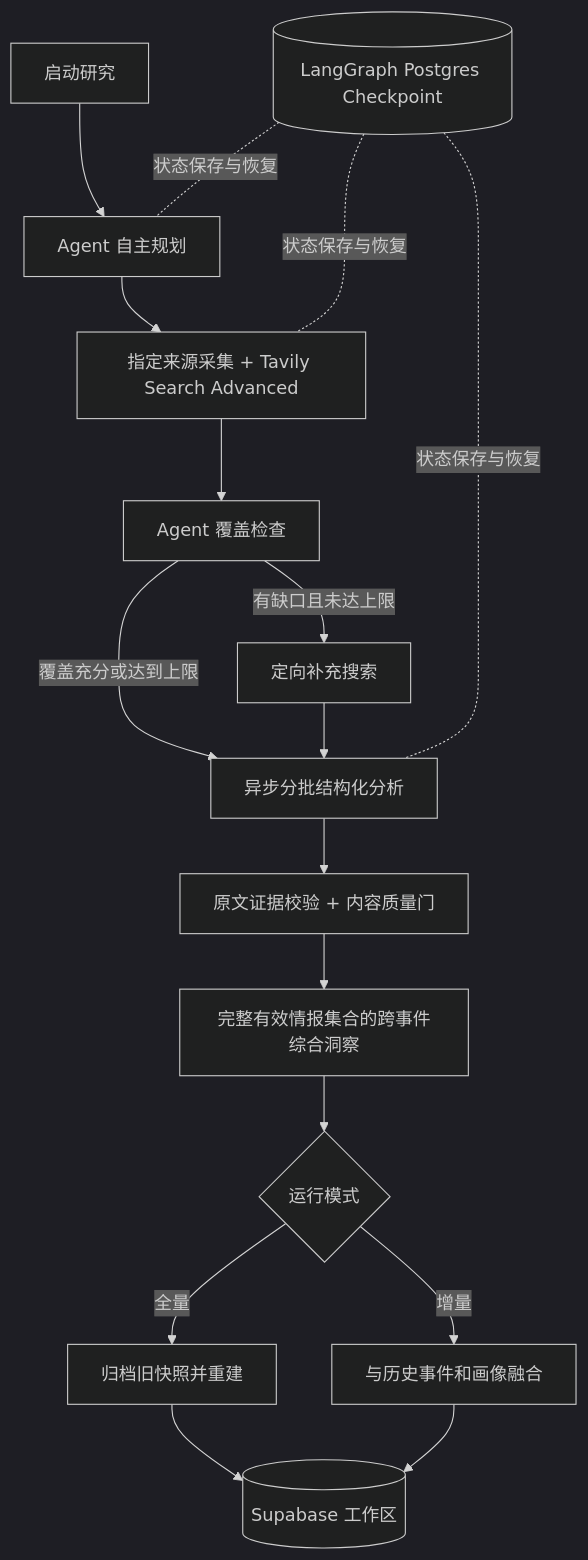
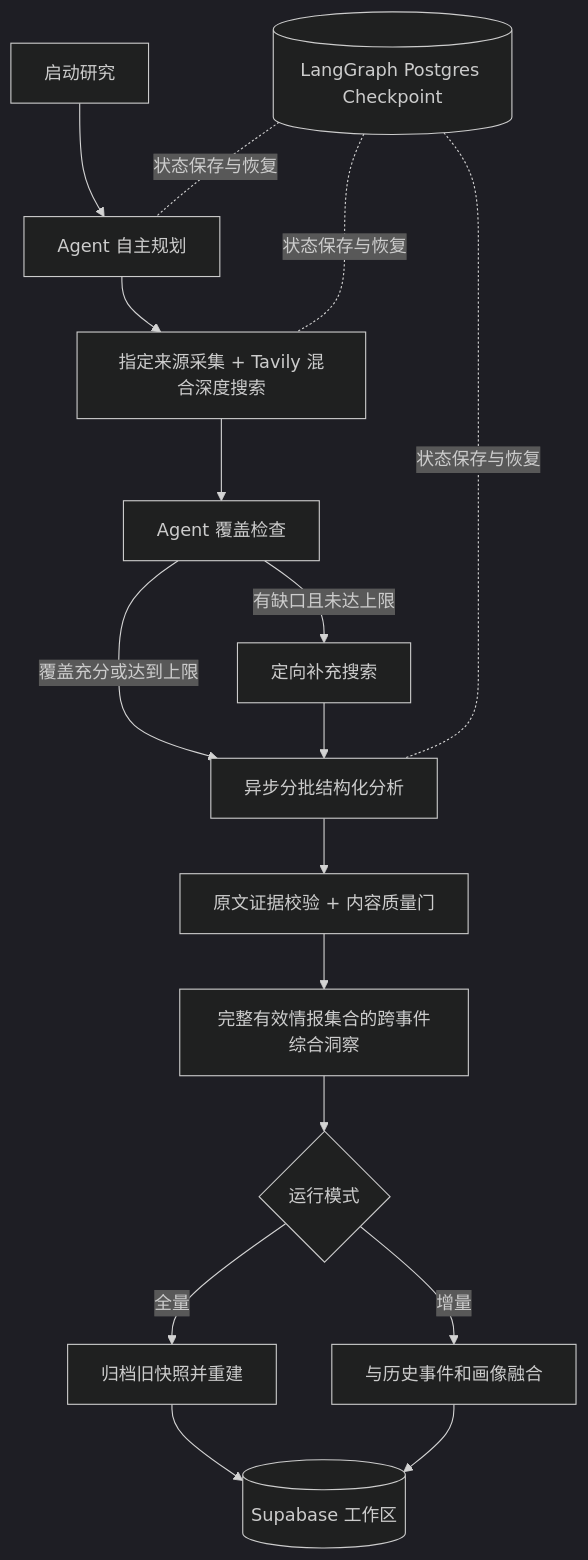
Before and after one commit to 335691851/Industrial-AI-research: the diagram in 说明.md, drawn with Mermaid (dark theme). The commit also changed other lines of this file and 10 other files, not shown here.

````diff
--- a/说明.md
+++ b/说明.md
@@ -79,19 +83,19 @@
 ```mermaid
 flowchart TD
   A[启动研究] --> P[Agent 自主规划]
-  P --> C[指定来源采集 + Tavily Search Advanced]
+  P --> C[指定来源采集 + Tavily 混合深度搜索]
   C --> G[Agent 覆盖检查]
   G -->|有缺口且未达上限| S[定向补充搜索]
   G -->|覆盖充分或达到上限| E[异步分批结构化分析]
   S --> E
   E --> V[原文证据校验 + 内容质量门]
   V --> J[完整有效情报集合的跨事件综合洞察]
   J --> M{运行模式}
   M -->|全量| F[归档旧快照并重建]
   M -->|增量| I[与历史事件和画像融合]
   F --> D[(Supabase 工作区)]
   I --> D
   K[(LangGraph Postgres Checkpoint)] -. 状态保存与恢复 .- P
   K -. 状态保存与恢复 .- C
   K -. 状态保存与恢复 .- E
 ```
````
